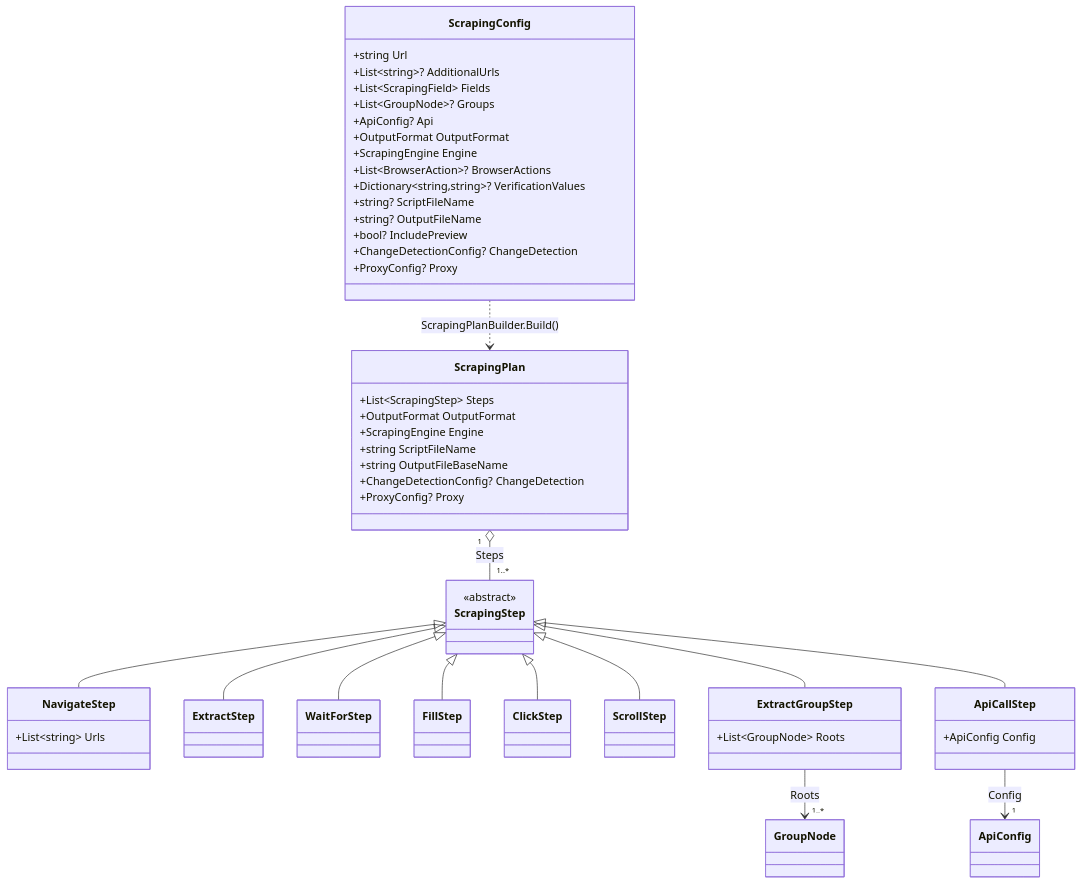
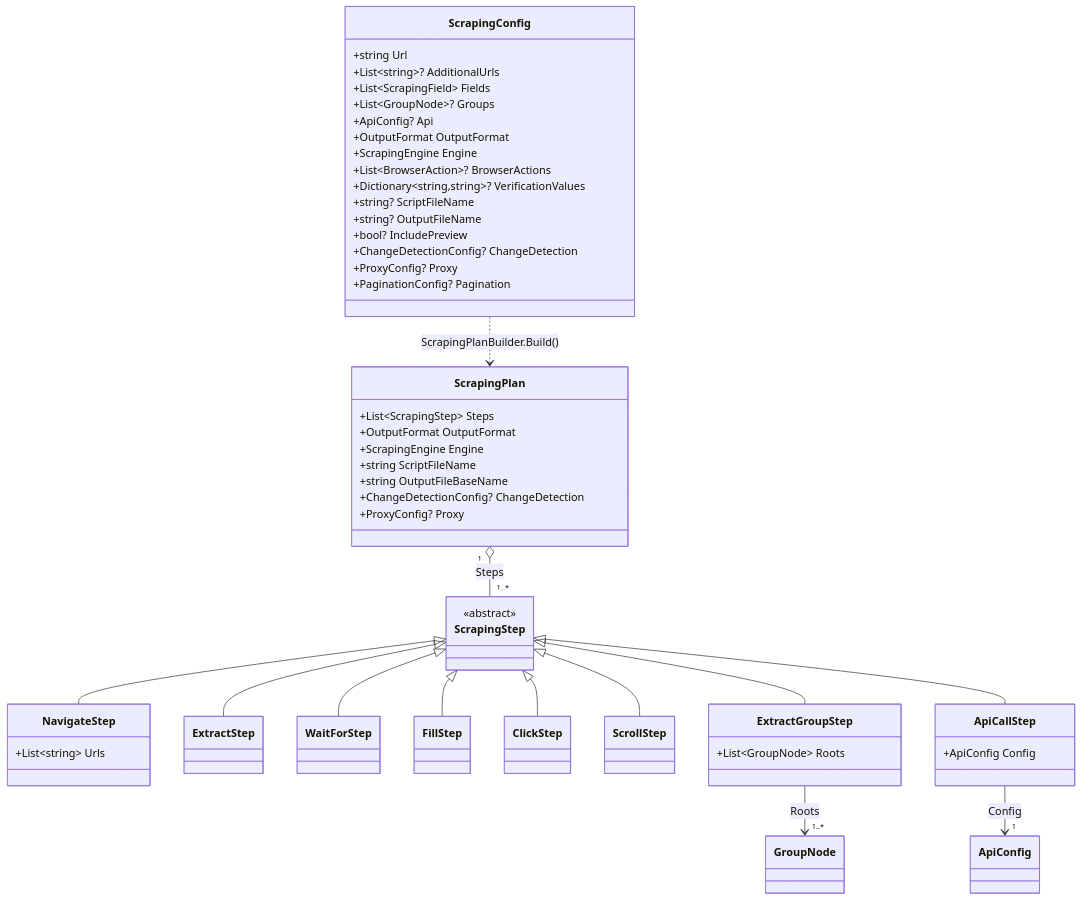
The fourth of 7 diagrams in docs/ARCHITECTURE.md (Aventinis/Scraping-Factory), drawn with Mermaid before and after one commit. The commit also changed other lines of this file and 1 other file, not shown here.

First line of the commit message:
docs: document pagination support (Issue #174)

````diff
--- a/docs/ARCHITECTURE.md
+++ b/docs/ARCHITECTURE.md
@@ -732,51 +773,52 @@
 ```mermaid
 classDiagram
     class ScrapingConfig {
         +string Url
         +List~string~? AdditionalUrls
         +List~ScrapingField~ Fields
         +List~GroupNode~? Groups
         +ApiConfig? Api
         +OutputFormat OutputFormat
         +ScrapingEngine Engine
         +List~BrowserAction~? BrowserActions
         +Dictionary~string,string~? VerificationValues
         +string? ScriptFileName
         +string? OutputFileName
         +bool? IncludePreview
         +ChangeDetectionConfig? ChangeDetection
         +ProxyConfig? Proxy
+        +PaginationConfig? Pagination
     }
     class ScrapingPlan {
         +List~ScrapingStep~ Steps
         +OutputFormat OutputFormat
         +ScrapingEngine Engine
         +string ScriptFileName
         +string OutputFileBaseName
         +ChangeDetectionConfig? ChangeDetection
         +ProxyConfig? Proxy
     }
     class ScrapingStep { <<abstract>> }
     class NavigateStep { +List~string~ Urls }
     class ExtractStep
     class WaitForStep
     class FillStep
     class ClickStep
     class ScrollStep
     class ExtractGroupStep { +List~GroupNode~ Roots }
     class ApiCallStep { +ApiConfig Config }
 
     ScrapingStep <|-- NavigateStep
     ScrapingStep <|-- ExtractStep
     ScrapingStep <|-- WaitForStep
     ScrapingStep <|-- FillStep
     ScrapingStep <|-- ClickStep
     ScrapingStep <|-- ScrollStep
     ScrapingStep <|-- ExtractGroupStep
     ScrapingStep <|-- ApiCallStep
 
     ScrapingConfig ..> ScrapingPlan : ScrapingPlanBuilder.Build()
     ScrapingPlan "1" o-- "1..*" ScrapingStep : Steps
     ExtractGroupStep --> "1..*" GroupNode : Roots
     ApiCallStep --> "1" ApiConfig : Config
 ```
````
